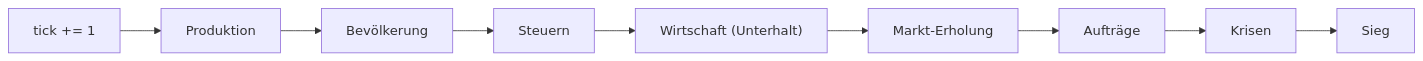
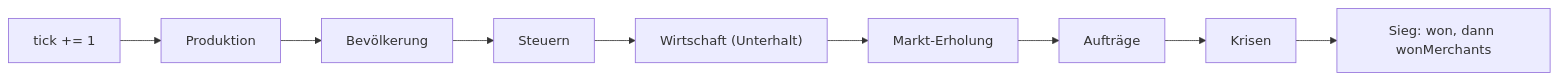
Before and after one commit to konstantinniedermann/Inselreich: the fifth of 9 diagrams in docs/arc42.md, drawn with Mermaid. The commit also changed other lines of this file and 5 other files, not shown here.

````diff
--- a/docs/arc42.md
+++ b/docs/arc42.md
@@ -309,5 +309,5 @@
 ```mermaid
 flowchart LR
   T["tick += 1"] --> P["Produktion"] --> B["Bevölkerung"] --> S["Steuern"] --> W["Wirtschaft (Unterhalt)"]
-  W --> M["Markt-Erholung"] --> O["Aufträge"] --> K["Krisen"] --> V["Sieg"]
+  W --> M["Markt-Erholung"] --> O["Aufträge"] --> K["Krisen"] --> V["Sieg: won, dann wonMerchants"]
 ```
````
